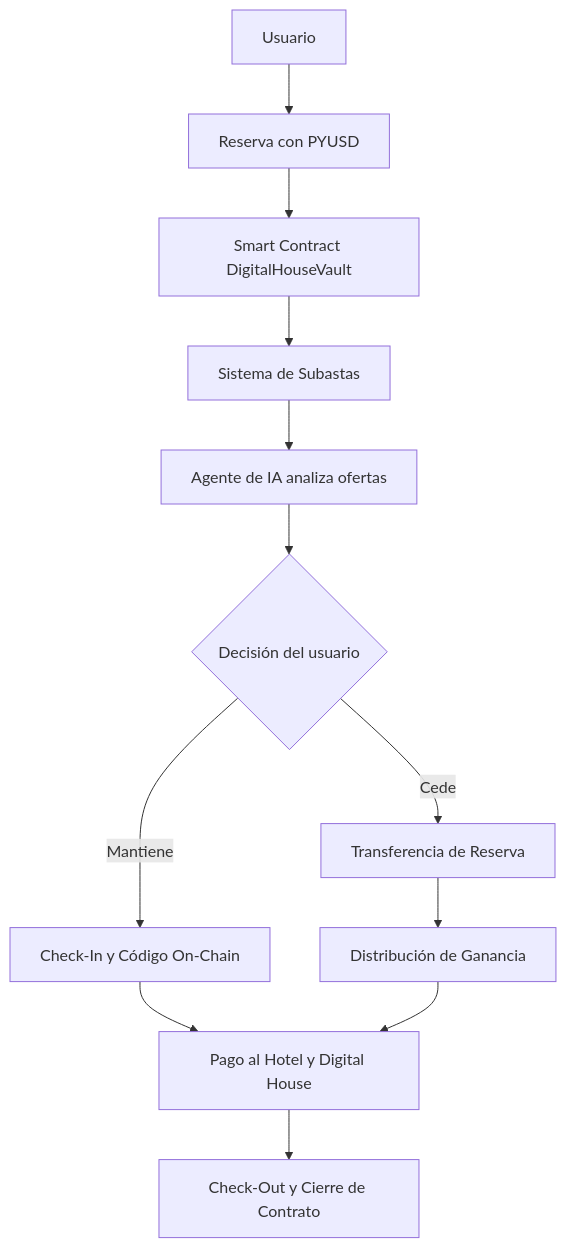
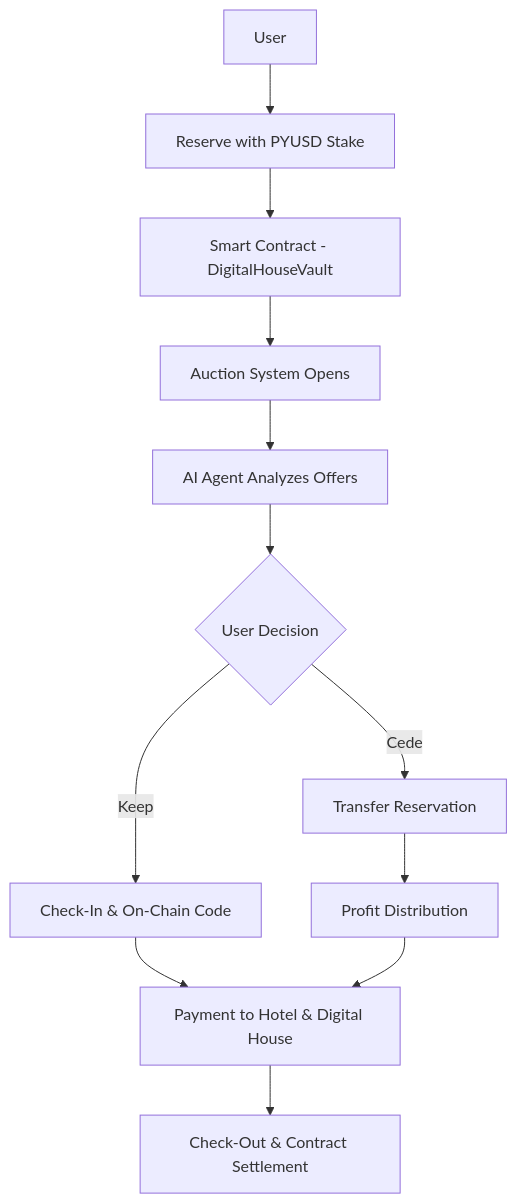
Before and after one commit to Ekinoxis-evm/digitalhouse: the diagram in README.md, drawn with Mermaid. The commit also changed other lines of this file, not shown here.

````diff
--- a/README.md
+++ b/README.md
@@ -41,15 +59,14 @@
 ```mermaid
 graph TD
-A[Usuario] --> B[Reserva con PYUSD]
-B --> C[Smart Contract DigitalHouseVault]
-C --> D[Sistema de Subastas]
-D --> E[Agente de IA analiza ofertas]
-E --> F{Decisión del usuario}
-F -->|Mantiene| G[Check-In y Código On-Chain]
-F -->|Cede| H[Transferencia de Reserva]
-G --> I[Pago al Hotel y Digital House]
-H --> J[Distribución de Ganancia]
-J --> I
-I --> K[Check-Out y Cierre de Contrato]
-
+    A[User] --> B[Reserve with PYUSD Stake]
+    B --> C[Smart Contract - DigitalHouseVault]
+    C --> D[Auction System Opens]
+    D --> E[AI Agent Analyzes Offers]
+    E --> F{User Decision}
+    F -->|Keep| G[Check-In & On-Chain Code]
+    F -->|Cede| H[Transfer Reservation]
+    G --> I[Payment to Hotel & Digital House]
+    H --> J[Profit Distribution]
+    J --> I
+    I --> K[Check-Out & Contract Settlement]
 ```
````
